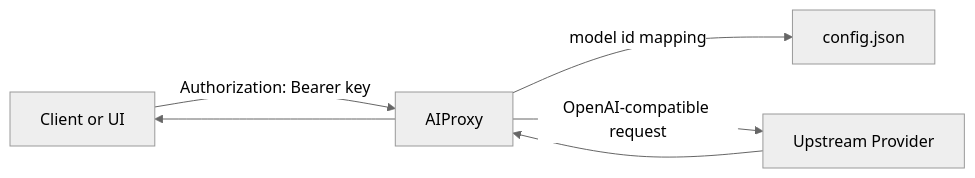
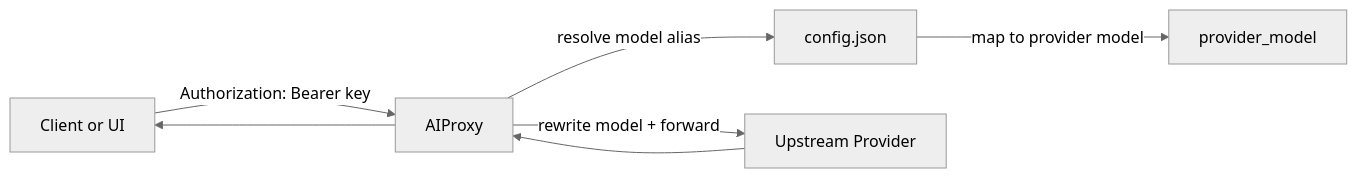
One commit to lazeyliu/affine-copilot-fix changed the diagram in README.en.md. Above: the diagram before and after it, drawn with Mermaid (neutral theme). The commit also changed 1 other file, not shown here.

Commit message:
Clarify model mapping in diagrams

````diff
--- a/README.en.md
+++ b/README.en.md
@@ -49,7 +49,8 @@
 ```mermaid
 flowchart LR
   Client[Client or UI] -->|Authorization: Bearer key| Proxy[AIProxy]
-  Proxy -->|model id mapping| Config[config.json]
-  Proxy -->|OpenAI-compatible request| Provider[Upstream Provider]
+  Proxy -->|resolve model alias| Config[config.json]
+  Config -->|map to provider model| Mapped[provider_model]
+  Proxy -->|rewrite model + forward| Provider[Upstream Provider]
   Provider --> Proxy --> Client
 ```
````
